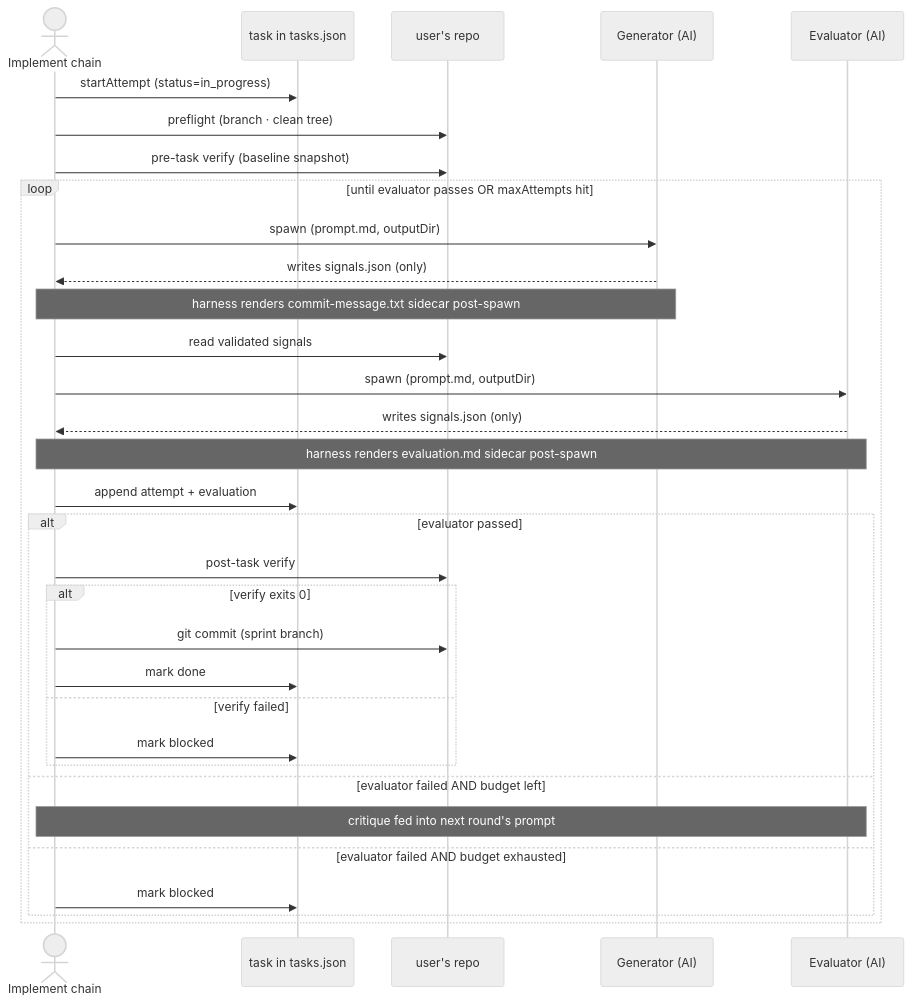
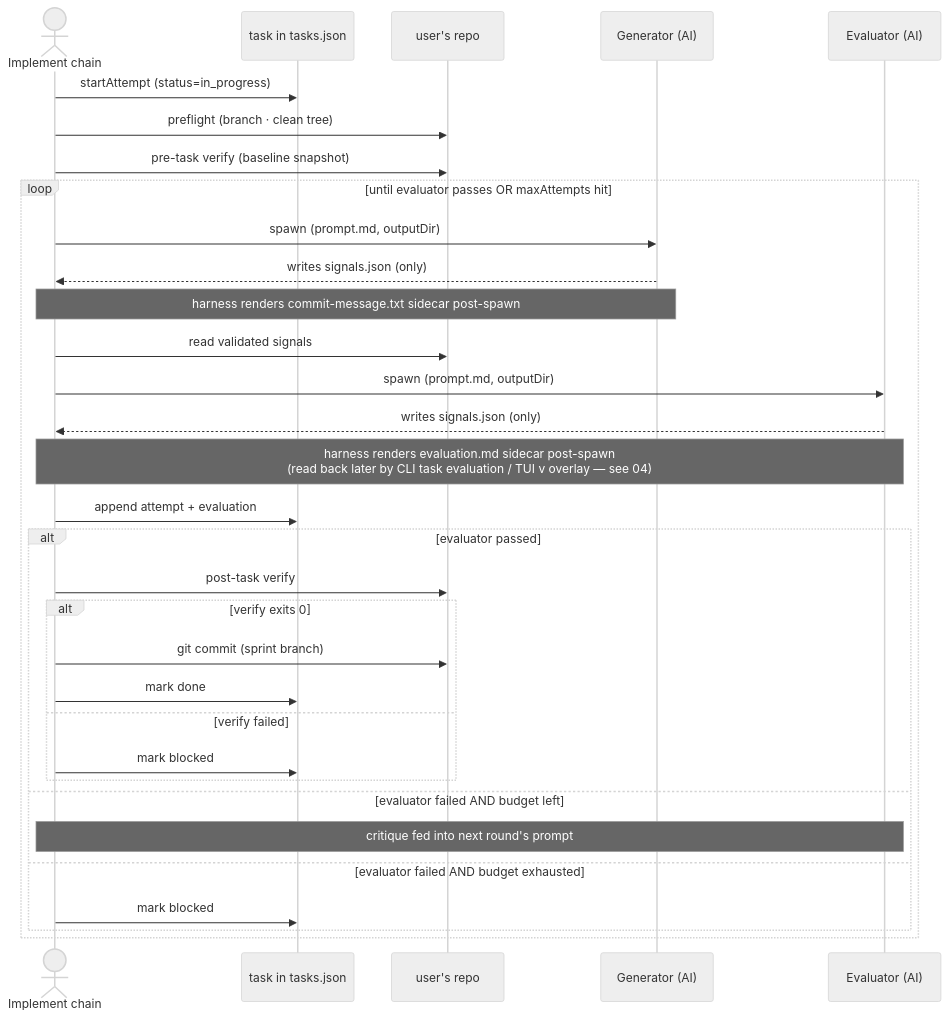
One commit to lukas-grigis/ralphctl changed the diagram in .claude/docs/diagrams/03-task-lifecycle.md. Above: the diagram before and after it, drawn with Mermaid (neutral theme). The commit also changed 3 other files, not shown here.

First line of the commit message:
docs: diagram + release-skill follow-ups from ticket-batch review

````diff
--- a/.claude/docs/diagrams/03-task-lifecycle.md
+++ b/.claude/docs/diagrams/03-task-lifecycle.md
@@ -12,36 +12,36 @@
 ```mermaid
 sequenceDiagram
     actor Harness as Implement chain
     participant Task as task in tasks.json
     participant Repo as user's repo
     participant Gen as Generator (AI)
     participant Ev as Evaluator (AI)
 
     Harness->>Task: startAttempt (status=in_progress)
     Harness->>Repo: preflight (branch · clean tree)
     Harness->>Repo: pre-task verify (baseline snapshot)
 
     loop until evaluator passes OR maxAttempts hit
         Harness->>Gen: spawn (prompt.md, outputDir)
         Gen-->>Harness: writes signals.json (only)
         Note over Harness,Gen: harness renders commit-message.txt sidecar post-spawn
         Harness->>Repo: read validated signals
         Harness->>Ev: spawn (prompt.md, outputDir)
         Ev-->>Harness: writes signals.json (only)
-        Note over Harness,Ev: harness renders evaluation.md sidecar post-spawn
+        Note over Harness,Ev: harness renders evaluation.md sidecar post-spawn<br/>(read back later by CLI task evaluation / TUI v overlay — see 04)
         Harness->>Task: append attempt + evaluation
         alt evaluator passed
             Harness->>Repo: post-task verify
             alt verify exits 0
                 Harness->>Repo: git commit (sprint branch)
                 Harness->>Task: mark done
             else verify failed
                 Harness->>Task: mark blocked
             end
         else evaluator failed AND budget left
             Note over Harness,Ev: critique fed into next round's prompt
         else evaluator failed AND budget exhausted
             Harness->>Task: mark blocked
         end
     end
 ```
````
